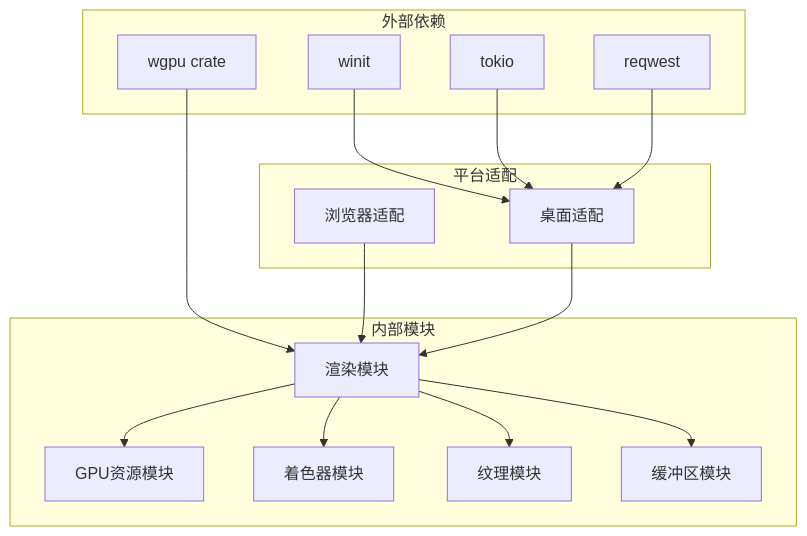
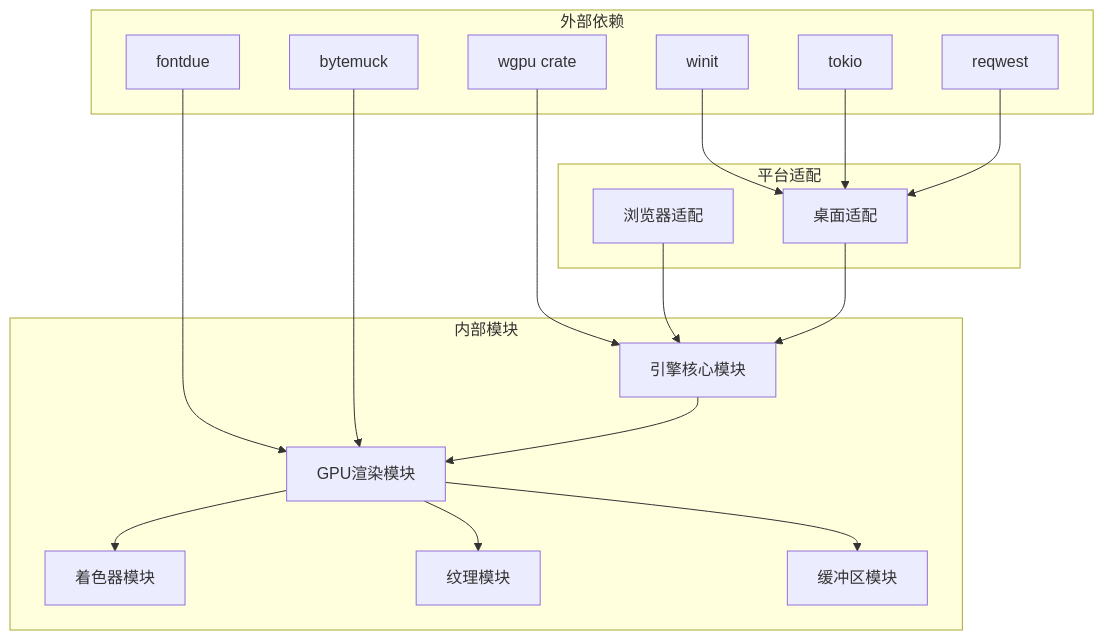
Before and after one commit to itszzl-sudo/iris: the third of 3 diagrams in .qoder/repowiki/zh/content/API参考手册/渲染API.md, drawn with Mermaid. The commit also changed other lines of this file and 6 other files, not shown here.

````diff
--- a/.qoder/repowiki/zh/content/API参考手册/渲染API.md
+++ b/.qoder/repowiki/zh/content/API参考手册/渲染API.md
@@ -257,30 +293,34 @@
 ```mermaid
 graph TB
 subgraph "外部依赖"
 WGPU[wgpu crate]
 Winit[winit]
 Tokio[tokio]
 Reqwest[reqwest]
+Fontdue[fontdue]
+Bytemuck[bytemuck]
 end
 subgraph "内部模块"
-Render[渲染模块]
-GPU[GPU资源模块]
+Engine[引擎核心模块]
+GPU[GPU渲染模块]
 Shader[着色器模块]
 Texture[纹理模块]
 Buffer[缓冲区模块]
 end
 subgraph "平台适配"
 Browser[浏览器适配]
 Desktop[桌面适配]
 end
-WGPU --> Render
-Render --> GPU
-Render --> Shader
-Render --> Texture
-Render --> Buffer
+WGPU --> Engine
 Winit --> Desktop
 Tokio --> Desktop
 Reqwest --> Desktop
-Browser --> Render
-Desktop --> Render
+Fontdue --> GPU
+Bytemuck --> GPU
+Engine --> GPU
+GPU --> Shader
+GPU --> Texture
+GPU --> Buffer
+Browser --> Engine
+Desktop --> Engine
 ```
````
